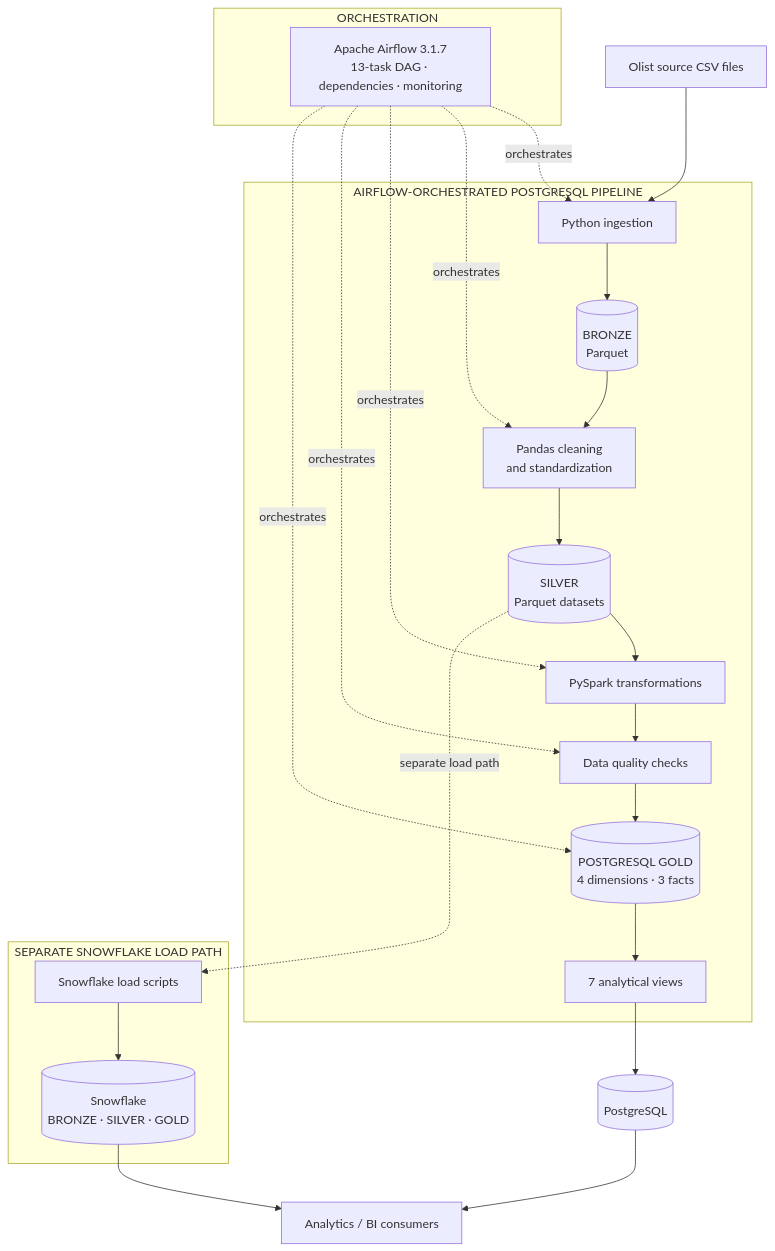
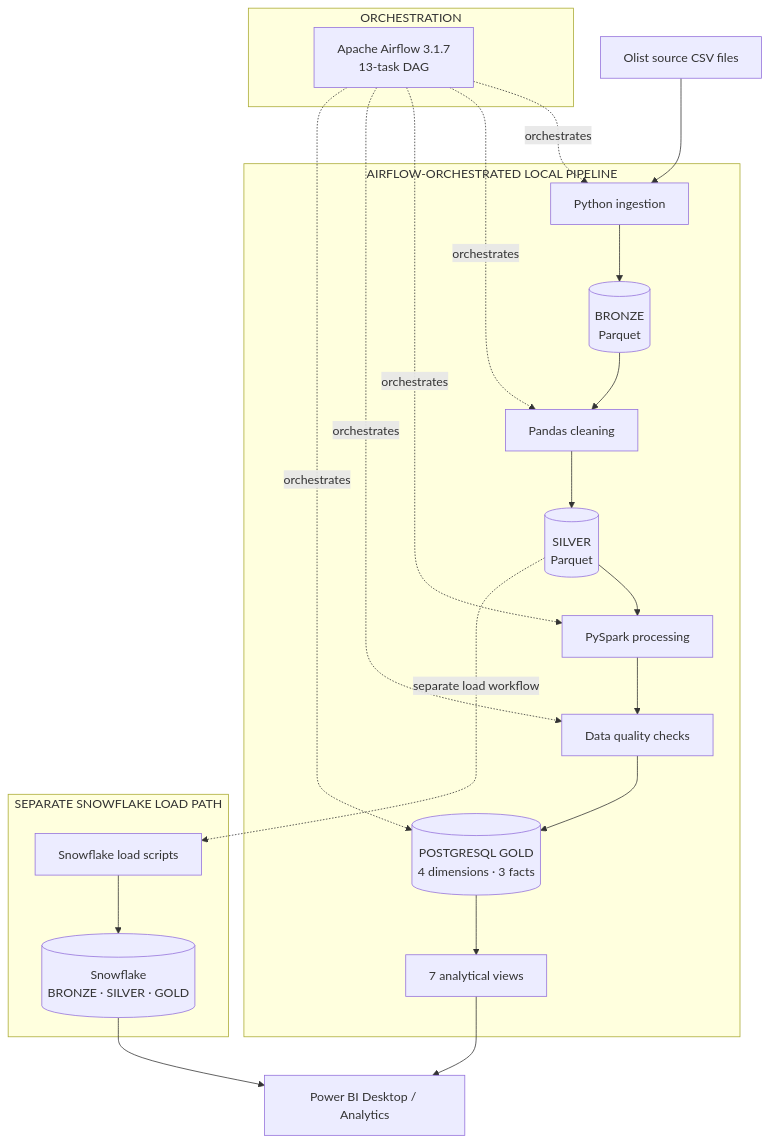
One commit to ViNkiNG1008/CommerceFlow changed the first of 3 diagrams in README.md. Above: the diagram before and after it, drawn with Mermaid. The commit also changed other lines of this file, not shown here.

Commit message:
docs: update README with Power BI dashboards and project walkthrough

````diff
--- a/README.md
+++ b/README.md
@@ -163,41 +71,38 @@
 ```mermaid
 flowchart TB
     SRC["Olist source CSV files"]
 
     subgraph ORCH["ORCHESTRATION"]
-        AF["Apache Airflow 3.1.7<br/>13-task DAG · dependencies · monitoring"]
+        AF["Apache Airflow 3.1.7<br/>13-task DAG"]
     end
 
-    subgraph PIPE["AIRFLOW-ORCHESTRATED POSTGRESQL PIPELINE"]
+    subgraph PIPE["AIRFLOW-ORCHESTRATED LOCAL PIPELINE"]
         ING["Python ingestion"]
         BR[("BRONZE<br/>Parquet")]
-        PD["Pandas cleaning<br/>and standardization"]
-        SI[("SILVER<br/>Parquet datasets")]
-        SP["PySpark transformations"]
+        PD["Pandas cleaning"]
+        SI[("SILVER<br/>Parquet")]
+        SP["PySpark processing"]
         QC["Data quality checks"]
         GD[("POSTGRESQL GOLD<br/>4 dimensions · 3 facts")]
         VW["7 analytical views"]
         ING --> BR --> PD --> SI --> SP --> QC --> GD --> VW
     end
 
     subgraph CLOUD["SEPARATE SNOWFLAKE LOAD PATH"]
         SFL["Snowflake load scripts"]
         SF[("Snowflake<br/>BRONZE · SILVER · GOLD")]
         SFL --> SF
     end
 
-    PG[("PostgreSQL")]
-    BI["Analytics / BI consumers"]
+    BI["Power BI Desktop / Analytics"]
 
     SRC --> ING
-    VW --> PG
-    SI -. separate load path .-> SFL
-    PG --> BI
+    SI -. "separate load workflow" .-> SFL
+    AF -. "orchestrates" .-> ING
+    AF -. "orchestrates" .-> PD
+    AF -. "orchestrates" .-> SP
+    AF -. "orchestrates" .-> QC
+    AF -. "orchestrates" .-> GD
+    VW --> BI
     SF --> BI
-
-    AF -. orchestrates .-> ING
-    AF -. orchestrates .-> PD
-    AF -. orchestrates .-> SP
-    AF -. orchestrates .-> QC
-    AF -. orchestrates .-> GD
 ```
````
